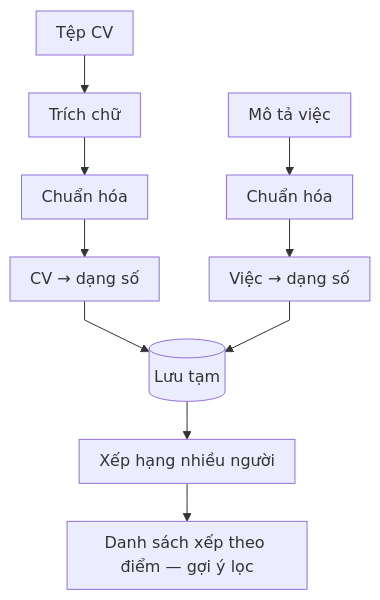
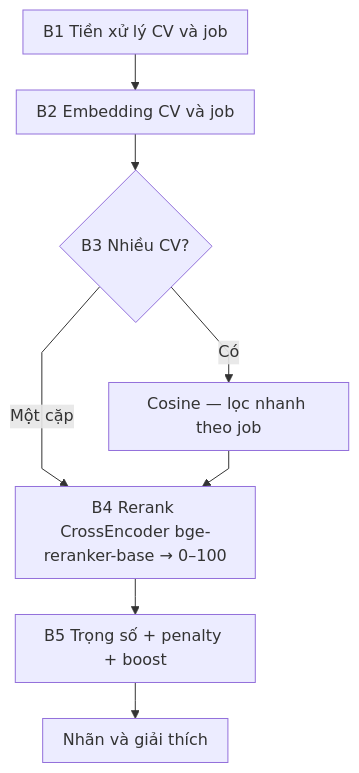
One commit to dmt041104111003/docs-nckh changed the second of 2 diagrams in cv-ai-scoring.md. Above: the diagram before and after it, drawn with Mermaid. The commit also changed other lines of this file and 8 other files, not shown here.

````diff
--- a/cv-ai-scoring.md
+++ b/cv-ai-scoring.md
@@ -96,13 +95,11 @@
 ```mermaid
-%%{init: {"flowchart": {"curve": "linear", "padding": 10, "rankSpacing": 38}}}%%
+%%{init: {"flowchart": {"curve": "linear", "padding": 10, "rankSpacing": 36}}}%%
 flowchart TB
-  TaiLieu[Tệp CV] --> EX[Trích chữ]
-  EX --> C1[Chuẩn hóa]
-  C1 --> S1[CV → dạng số]
-  JT[Mô tả việc] --> C2[Chuẩn hóa]
-  C2 --> S2[Việc → dạng số]
-  S1 --> KHO[(Lưu tạm)]
-  S2 --> KHO
-  KHO --> RANK[Xếp hạng nhiều người]
-  RANK --> OUT[Danh sách xếp theo điểm — gợi ý lọc]
+  B1[B1 Tiền xử lý CV và job] --> B2[B2 Embedding CV và job]
+  B2 --> B3{B3 Nhiều CV?}
+  B3 -->|Có| L3[Cosine — lọc nhanh theo job]
+  B3 -->|Một cặp| B4[B4 Rerank CrossEncoder bge-reranker-base → 0–100]
+  L3 --> B4
+  B4 --> B5[B5 Trọng số + penalty + boost]
+  B5 --> OUT[Nhãn và giải thích]
 ```
````
